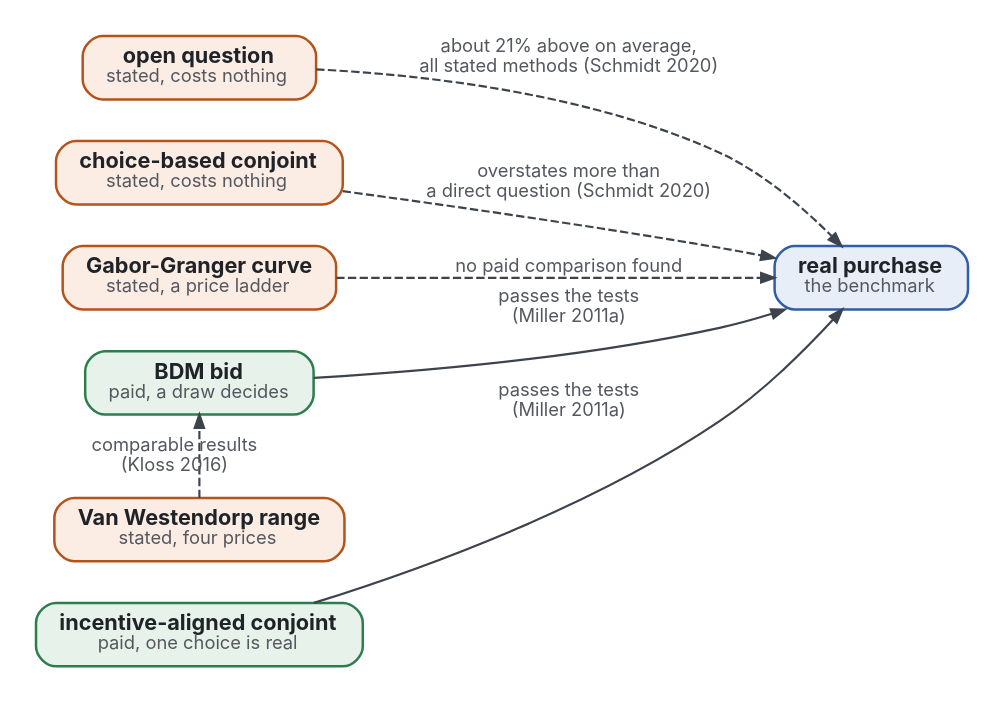
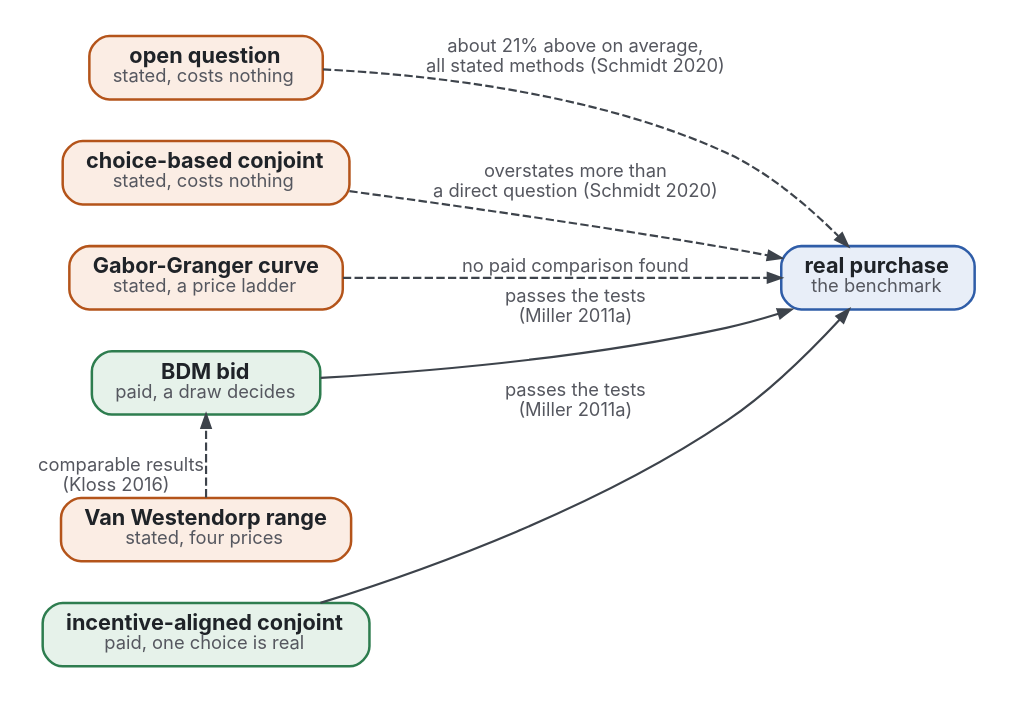
One commit to Tewf/business-pricing changed the diagram in evidence/willingness-to-pay/review-measures.dot. Above: the diagram before and after it, drawn with Graphviz. The commit also changed 2 other files, not shown here.

Commit message:
Move the Kloss label off its link in the measures figure
The label sat on the dashed link and struck through its own text. It is
now an external label beside the link.

```diff
--- a/evidence/willingness-to-pay/review-measures.dot
+++ b/evidence/willingness-to-pay/review-measures.dot
@@ -1,19 +1,19 @@
 // The measures of willingness to pay set against a real purchase. Orange: a stated answer. Green: a paid answer. Blue: the benchmark.
 digraph measures {
   graph [rankdir=LR, nodesep=0.35, ranksep=0.9, bgcolor="white", pad=0.2, fontname="Inter"];
   node  [shape=box, style="rounded,filled", fontname="Inter", fontsize=13, margin="0.2,0.1", penwidth=1.5, fontcolor="#1F2328"];
   edge  [fontname="Inter", fontsize=11, color="#3D434B", fontcolor="#55575F", penwidth=1.3, arrowsize=0.8];
   OE [label=<<b>open question</b><br/><font point-size="11" color="#55575F">stated, costs nothing</font>>, fillcolor="#FBEDE4", color="#B4541A"];
   CBC [label=<<b>choice-based conjoint</b><br/><font point-size="11" color="#55575F">stated, costs nothing</font>>, fillcolor="#FBEDE4", color="#B4541A"];
   VW [label=<<b>Van Westendorp range</b><br/><font point-size="11" color="#55575F">stated, four prices</font>>, fillcolor="#FBEDE4", color="#B4541A"];
   GG [label=<<b>Gabor-Granger curve</b><br/><font point-size="11" color="#55575F">stated, a price ladder</font>>, fillcolor="#FBEDE4", color="#B4541A"];
   BDM [label=<<b>BDM bid</b><br/><font point-size="11" color="#55575F">paid, a draw decides</font>>, fillcolor="#E6F2EA", color="#2E7D4F"];
   ICBC [label=<<b>incentive-aligned conjoint</b><br/><font point-size="11" color="#55575F">paid, one choice is real</font>>, fillcolor="#E6F2EA", color="#2E7D4F"];
   REAL [label=<<b>real purchase</b><br/><font point-size="11" color="#55575F">the benchmark</font>>, fillcolor="#E8EEF8", color="#2F5DA8"];
   OE -> REAL [label=" about 21% above on average,\nall stated methods (Schmidt 2020)", style=dashed];
   CBC -> REAL [label=" overstates more than\na direct question (Schmidt 2020)", style=dashed];
-  VW -> BDM [label=" comparable results\n(Kloss 2016)", style=dashed, constraint=false];
+  VW -> BDM [xlabel="comparable results\n(Kloss 2016)  ", style=dashed, constraint=false];
   GG -> REAL [label=" no paid comparison found", style=dashed];
   BDM -> REAL [label=" passes the tests\n(Miller 2011a)"];
   ICBC -> REAL [label=" passes the tests\n(Miller 2011a)"];
 }
```
